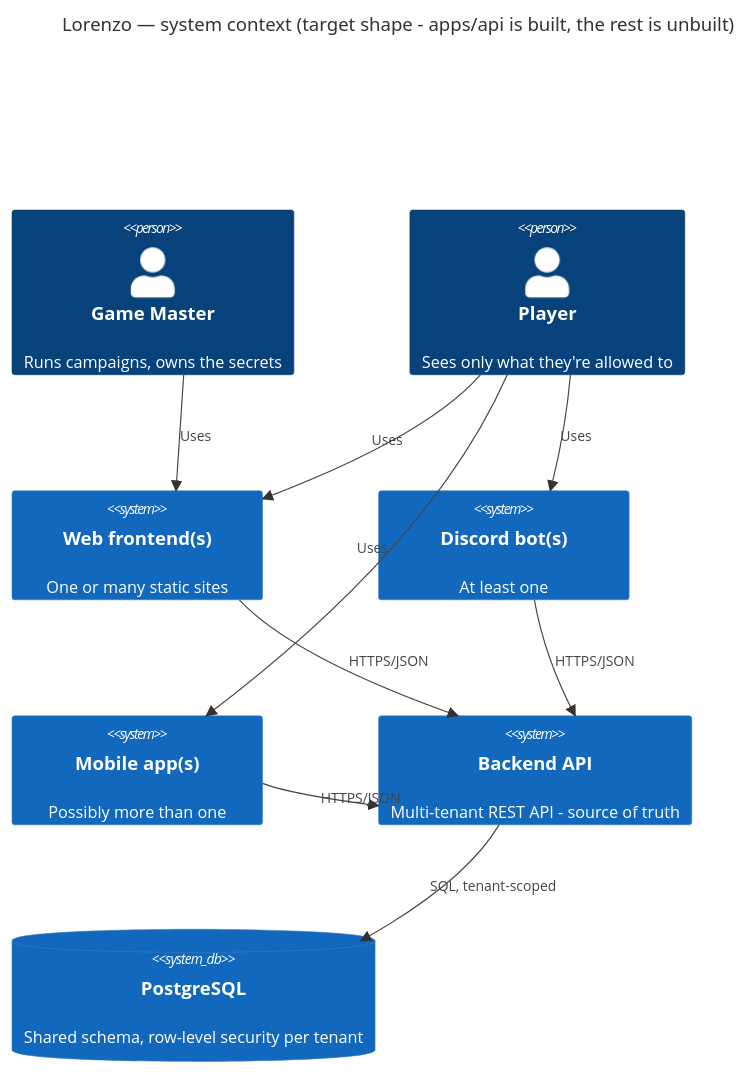
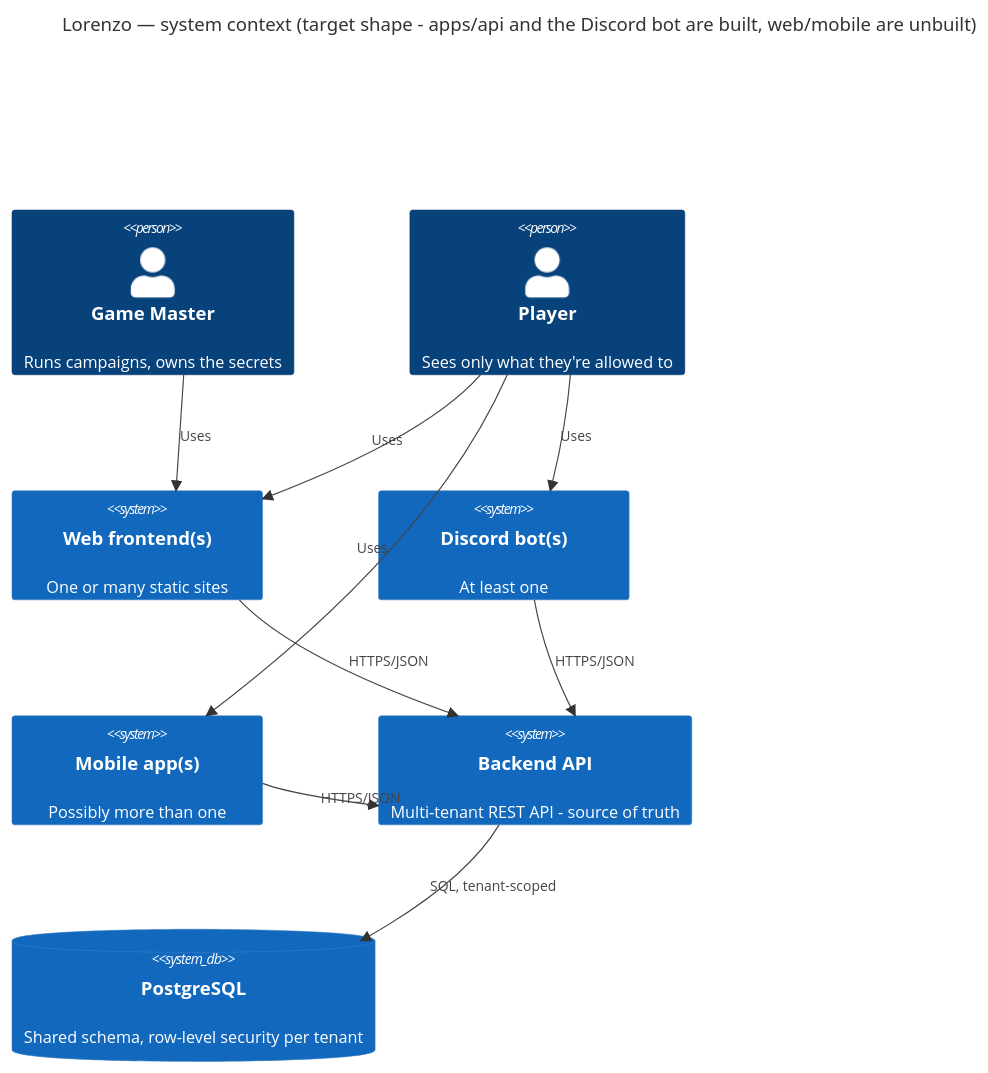
One commit to ramsesoriginal/lorenzo changed the diagram in docs/architecture/diagrams/system-context.md. Above: the diagram before and after it, drawn with Mermaid. The commit also changed 8 other files, not shown here.

````diff
--- a/docs/architecture/diagrams/system-context.md
+++ b/docs/architecture/diagrams/system-context.md
@@ -3,22 +3,22 @@
 ```mermaid
 C4Context
-  title Lorenzo — system context (target shape - apps/api is built, the rest is unbuilt)
+  title Lorenzo — system context (target shape - apps/api and the Discord bot are built, web/mobile are unbuilt)
 
   Person(gm, "Game Master", "Runs campaigns, owns the secrets")
   Person(player, "Player", "Sees only what they're allowed to")
 
   System(web, "Web frontend(s)", "One or many static sites")
   System(bot, "Discord bot(s)", "At least one")
   System(mobile, "Mobile app(s)", "Possibly more than one")
   System(api, "Backend API", "Multi-tenant REST API - source of truth")
   SystemDb(db, "PostgreSQL", "Shared schema, row-level security per tenant")
 
   Rel(gm, web, "Uses")
   Rel(player, web, "Uses")
   Rel(player, bot, "Uses")
   Rel(player, mobile, "Uses")
   Rel(web, api, "HTTPS/JSON")
   Rel(bot, api, "HTTPS/JSON")
   Rel(mobile, api, "HTTPS/JSON")
   Rel(api, db, "SQL, tenant-scoped")
 ```
````
